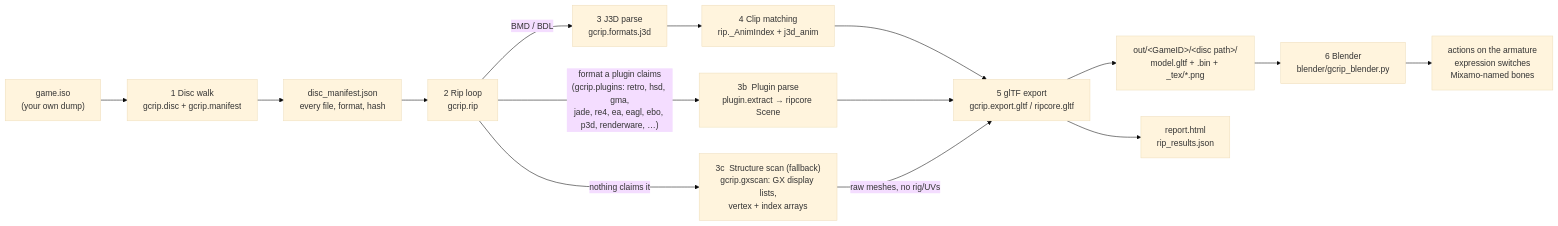
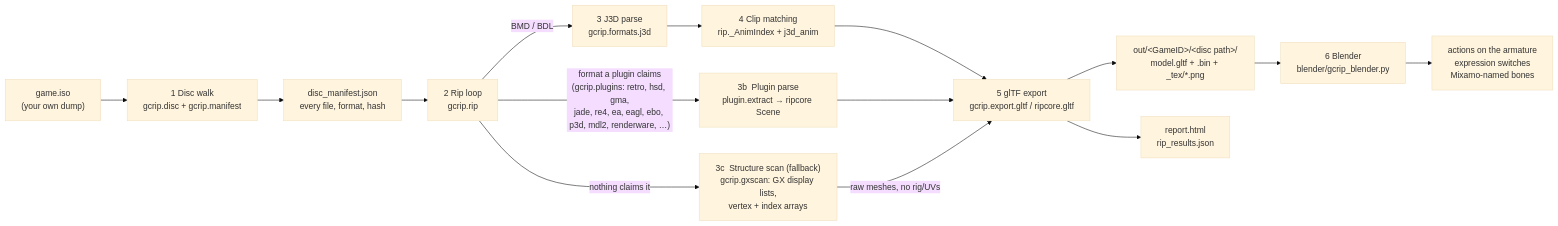
The first of 8 diagrams in docs/PIPELINE.md (Felbs/3d-ripper-9000), drawn with Mermaid (base theme) before and after one commit. The commit also changed other lines of this file and 3 other files, not shown here.

First line of the commit message:
gcrip mdl2: Krome MDL2 models (.gmd in RKV) - interleaved vertex buffer + 4-column GX display lists, two-bone weights, .gtx CMPR/RGB5A3 textures by material name; Ty 1 = 971 models / 1.43M tris

````diff
--- a/docs/PIPELINE.md
+++ b/docs/PIPELINE.md
@@ -11,17 +11,17 @@
 ```mermaid
 flowchart LR
     ISO["game.iso<br/>(your own dump)"] --> WALK["1  Disc walk<br/>gcrip.disc + gcrip.manifest"]
     WALK --> MAN["disc_manifest.json<br/>every file, format, hash"]
     MAN --> RIP["2  Rip loop<br/>gcrip.rip"]
     RIP -->|"BMD / BDL"| J3D["3  J3D parse<br/>gcrip.formats.j3d"]
-    RIP -->|"format a plugin claims<br/>(gcrip.plugins: retro, hsd, gma,<br/>jade, re4, ea, eagl, ebo, p3d, renderware, …)"| PLUG["3b  Plugin parse<br/>plugin.extract → ripcore Scene"]
+    RIP -->|"format a plugin claims<br/>(gcrip.plugins: retro, hsd, gma,<br/>jade, re4, ea, eagl, ebo, p3d, mdl2, renderware, …)"| PLUG["3b  Plugin parse<br/>plugin.extract → ripcore Scene"]
     RIP -->|"nothing claims it"| GX["3c  Structure scan (fallback)<br/>gcrip.gxscan: GX display lists,<br/>vertex + index arrays"]
     J3D --> ANIM["4  Clip matching<br/>rip._AnimIndex + j3d_anim"]
     ANIM --> GLTF["5  glTF export<br/>gcrip.export.gltf / ripcore.gltf"]
     PLUG --> GLTF
     GX -->|"raw meshes, no rig/UVs"| GLTF
     GLTF --> OUT["out/&lt;GameID&gt;/&lt;disc path&gt;/<br/>model.gltf + .bin + _tex/*.png"]
     GLTF --> REP["report.html<br/>rip_results.json"]
     OUT --> BL["6  Blender<br/>blender/gcrip_blender.py"]
     BL --> PLAY["actions on the armature<br/>expression switches<br/>Mixamo-named bones"]
 ```
````
